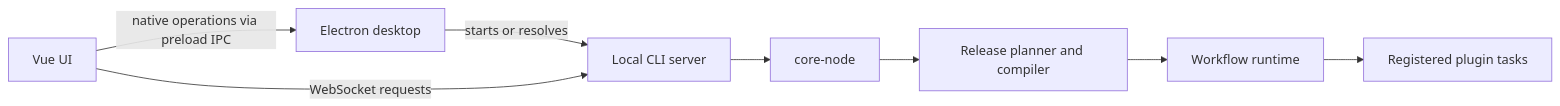
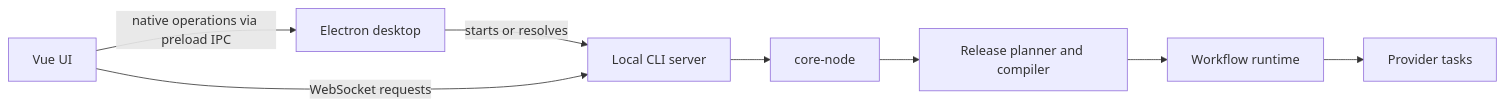
The diagram in apps/documentation/assets/architecture/architecture.mermaid (CynToolkit/pipelab), drawn with Mermaid before and after one commit. The commit also changed 87 other files, not shown here.

Commit message:
refactor(providers): remove obsolete plugin product surface

```diff
--- a/apps/documentation/assets/architecture/architecture.mermaid
+++ b/apps/documentation/assets/architecture/architecture.mermaid
@@ -1,8 +1,8 @@
 flowchart LR
   Desktop[Electron desktop] -->|starts or resolves| CLI[Local CLI server]
   UI[Vue UI] -->|WebSocket requests| CLI
   UI -->|native operations via preload IPC| Desktop
   CLI --> Core[core-node]
   Core --> Plan[Release planner and compiler]
   Plan --> Runtime[Workflow runtime]
-  Runtime --> Plugins[Registered plugin tasks]
+  Runtime --> Providers[Provider tasks]
```
